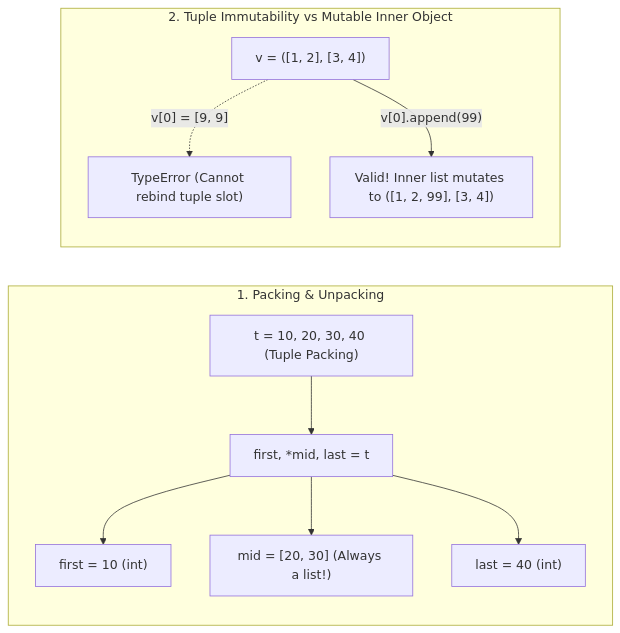
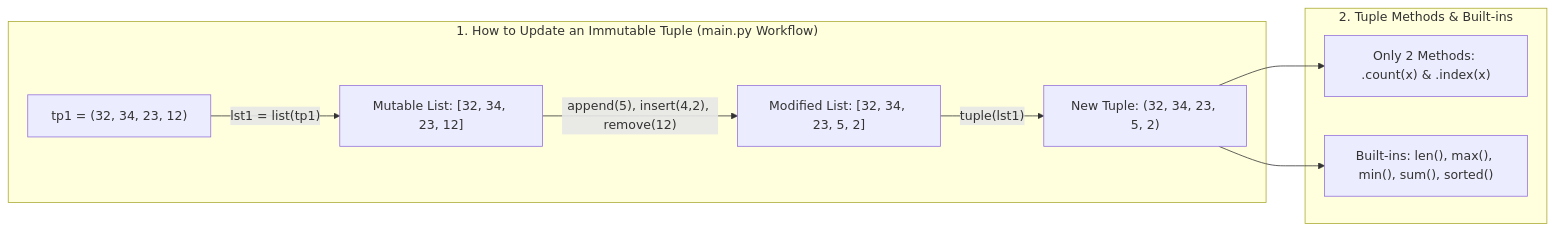
The diagram in Python/07. Tuples & Sequences.md (Valay-2004/Notes), drawn with Mermaid before and after one commit. The commit also changed other lines of this file and 13 other files, not shown here.

````diff
--- a/Python/07. Tuples & Sequences.md
+++ b/Python/07. Tuples & Sequences.md
@@ -120,14 +131,12 @@
 ```mermaid
 flowchart LR
-    subgraph PACK["1. Packing & Unpacking"]
-        P["t = 10, 20, 30, 40 (Tuple Packing)"] --> U["first, *mid, last = t"]
-        U --> R1["first = 10 (int)"]
-        U --> R2["mid = [20, 30] (Always a list!)"]
-        U --> R3["last = 40 (int)"]
+    subgraph WORK["1. How to Update an Immutable Tuple (main.py Workflow)"]
+        T1["tp1 = (32, 34, 23, 12)"] -->|"lst1 = list(tp1)"| L1["Mutable List: [32, 34, 23, 12]"]
+        L1 -->|"append(5), insert(4,2), remove(12)"| L2["Modified List: [32, 34, 23, 5, 2]"]
+        L2 -->|"tuple(lst1)"| T2["New Tuple: (32, 34, 23, 5, 2)"]
     end
-    subgraph IMM["2. Tuple Immutability vs Mutable Inner Object"]
-        V["v = ([1, 2], [3, 4])"]
-        V -.->|"v[0] = [9, 9]"| ERR["TypeError (Cannot rebind tuple slot)"]
-        V -->|"v[0].append(99)"| OK["Valid! Inner list mutates to ([1, 2, 99], [3, 4])"]
+    subgraph METHODS["2. Tuple Methods & Built-ins"]
+        T2 --> M1["Only 2 Methods: .count(x) & .index(x)"]
+        T2 --> M2["Built-ins: len(), max(), min(), sum(), sorted()"]
     end
 ```
````
